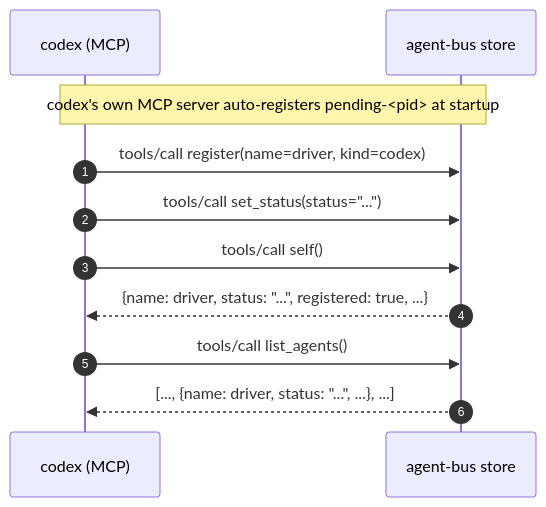
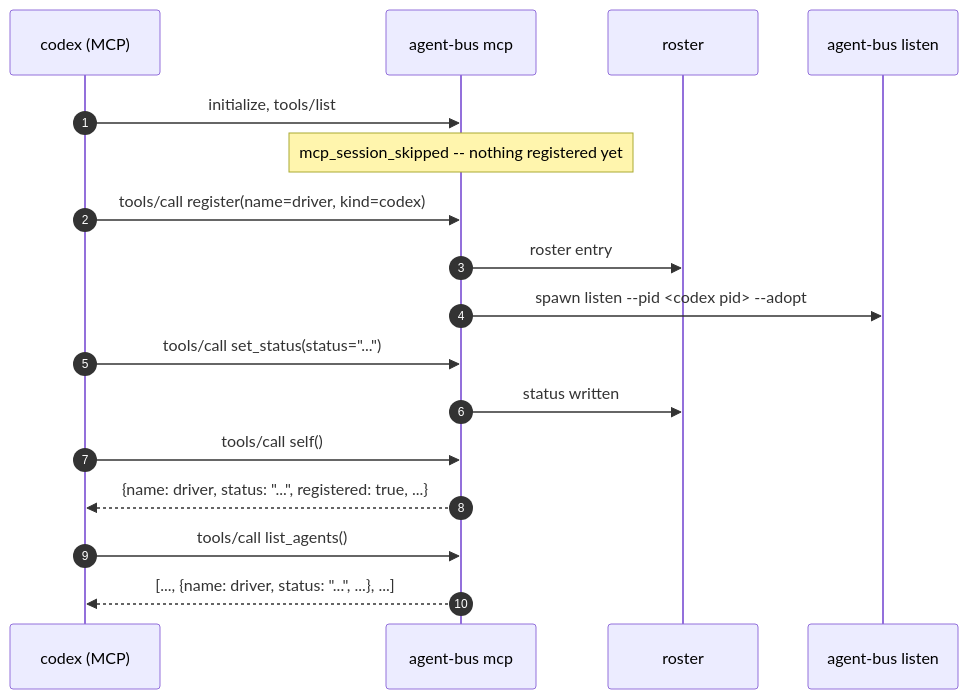
Before and after one commit to danbarua/agent-bus: the diagram in tests/agent_bus/integration/test_self_reflects_a_status_it_just_set.md, drawn with Mermaid. The commit also changed other lines of this file and 20 other files, not shown here.

````diff
--- a/tests/agent_bus/integration/test_self_reflects_a_status_it_just_set.md
+++ b/tests/agent_bus/integration/test_self_reflects_a_status_it_just_set.md
@@ -33,14 +52,20 @@
 ```mermaid
 sequenceDiagram
     autonumber
     participant codex as codex (MCP)
-    participant bus as agent-bus store
+    participant mcp as agent-bus mcp
+    participant bus as roster
+    participant lis as agent-bus listen
 
-    Note over codex,bus: codex's own MCP server auto-registers pending-<pid> at startup
-    codex->>bus: tools/call register(name=driver, kind=codex)
-    codex->>bus: tools/call set_status(status="...")
-    codex->>bus: tools/call self()
-    bus-->>codex: {name: driver, status: "...", registered: true, ...}
-    codex->>bus: tools/call list_agents()
-    bus-->>codex: [..., {name: driver, status: "...", ...}, ...]
+    codex->>mcp: initialize, tools/list
+    Note over mcp: mcp_session_skipped -- nothing registered yet
+    codex->>mcp: tools/call register(name=driver, kind=codex)
+    mcp->>bus: roster entry
+    mcp->>lis: spawn listen --pid <codex pid> --adopt
+    codex->>mcp: tools/call set_status(status="...")
+    mcp->>bus: status written
+    codex->>mcp: tools/call self()
+    mcp-->>codex: {name: driver, status: "...", registered: true, ...}
+    codex->>mcp: tools/call list_agents()
+    mcp-->>codex: [..., {name: driver, status: "...", ...}, ...]
 ```
````
